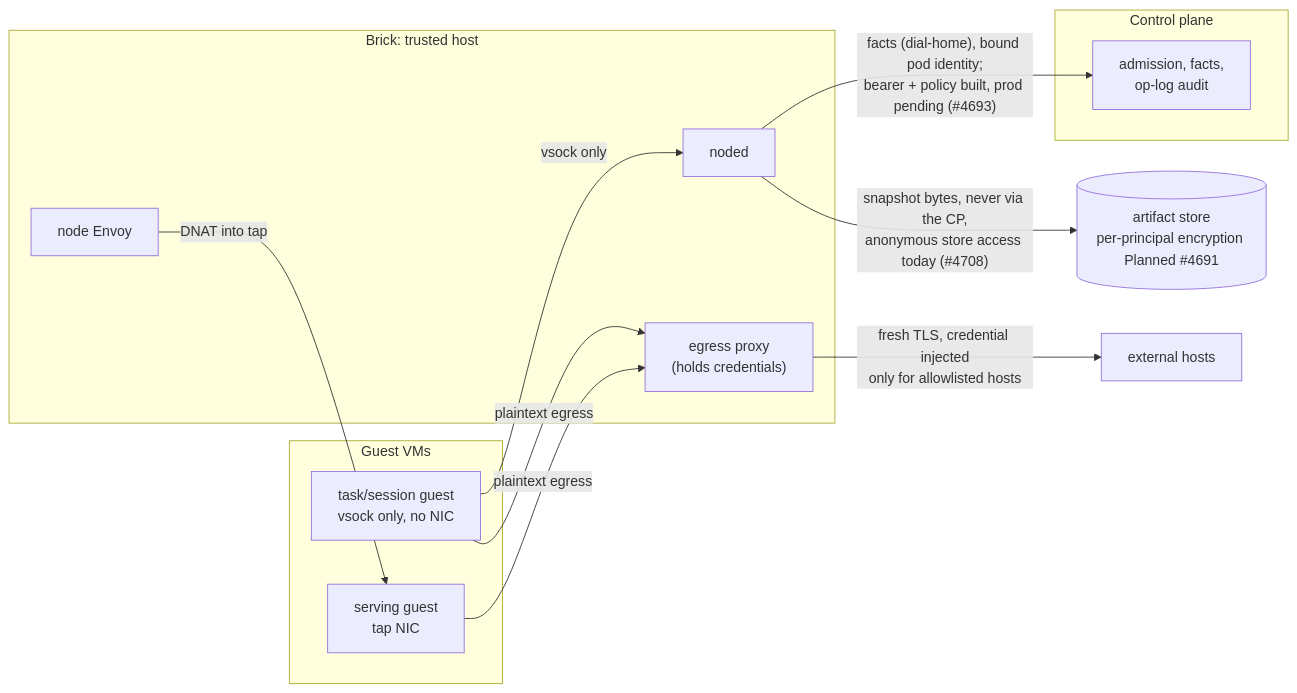
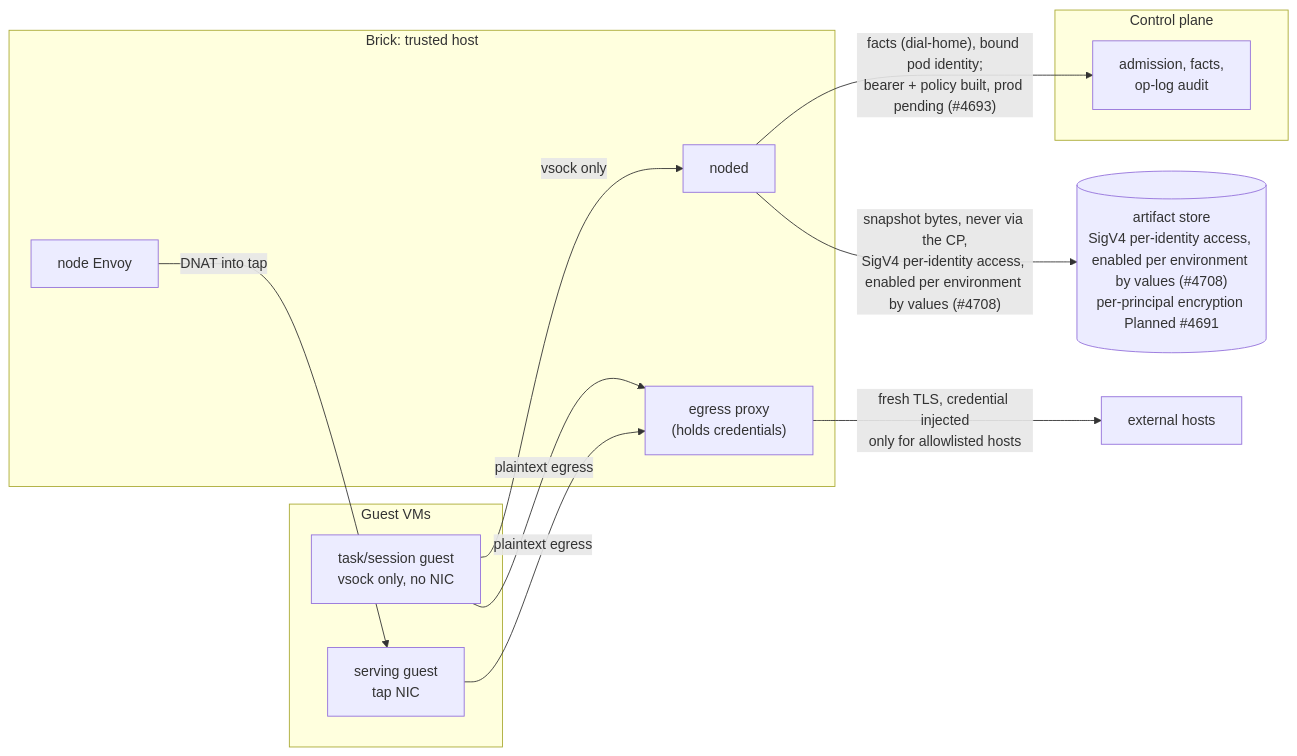
The sixth of 6 diagrams in projects/embervm/ARCHITECTURE.md (jomcgi-org/homelab), drawn with Mermaid before and after one commit. The commit also changed other lines of this file and 30 other files, not shown here.

````diff
--- a/projects/embervm/ARCHITECTURE.md
+++ b/projects/embervm/ARCHITECTURE.md
@@ -758,25 +758,25 @@
 ```mermaid
 graph LR
     subgraph vm ["Guest VMs"]
         G1["task/session guest<br/>vsock only, no NIC"]
         G2["serving guest<br/>tap NIC"]
     end
     subgraph brick ["Brick: trusted host"]
         N["noded"]
         P["egress proxy<br/>(holds credentials)"]
         E["node Envoy"]
     end
     subgraph cp ["Control plane"]
         F["admission, facts,<br/>op-log audit"]
     end
-    S[("artifact store<br/>per-principal encryption Planned #4691")]
+    S[("artifact store<br/>SigV4 per-identity access, enabled per environment by values (#4708)<br/>per-principal encryption Planned #4691")]
     X["external hosts"]
 
     G1 -- "vsock only" --> N
     E -- "DNAT into tap" --> G2
     G1 -- "plaintext egress" --> P
     G2 -- "plaintext egress" --> P
     P -- "fresh TLS, credential injected<br/>only for allowlisted hosts" --> X
     N -- "facts (dial-home), bound pod identity;<br/>bearer + policy built, prod pending (#4693)" --> F
-    N -- "snapshot bytes, never via the CP,<br/>anonymous store access today (#4708)" --> S
+    N -- "snapshot bytes, never via the CP,<br/>SigV4 per-identity access, enabled per environment by values (#4708)" --> S
 ```
````
